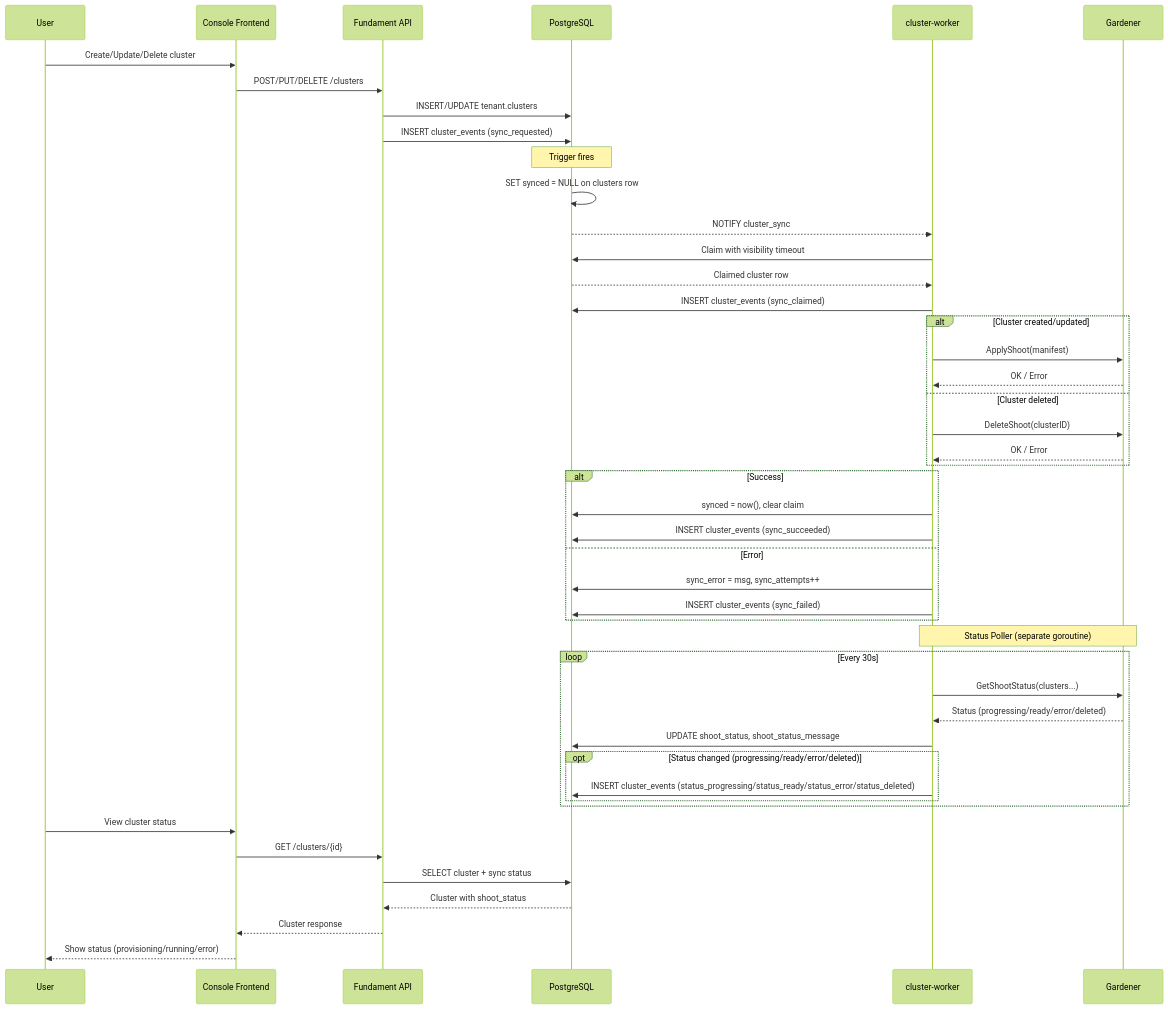
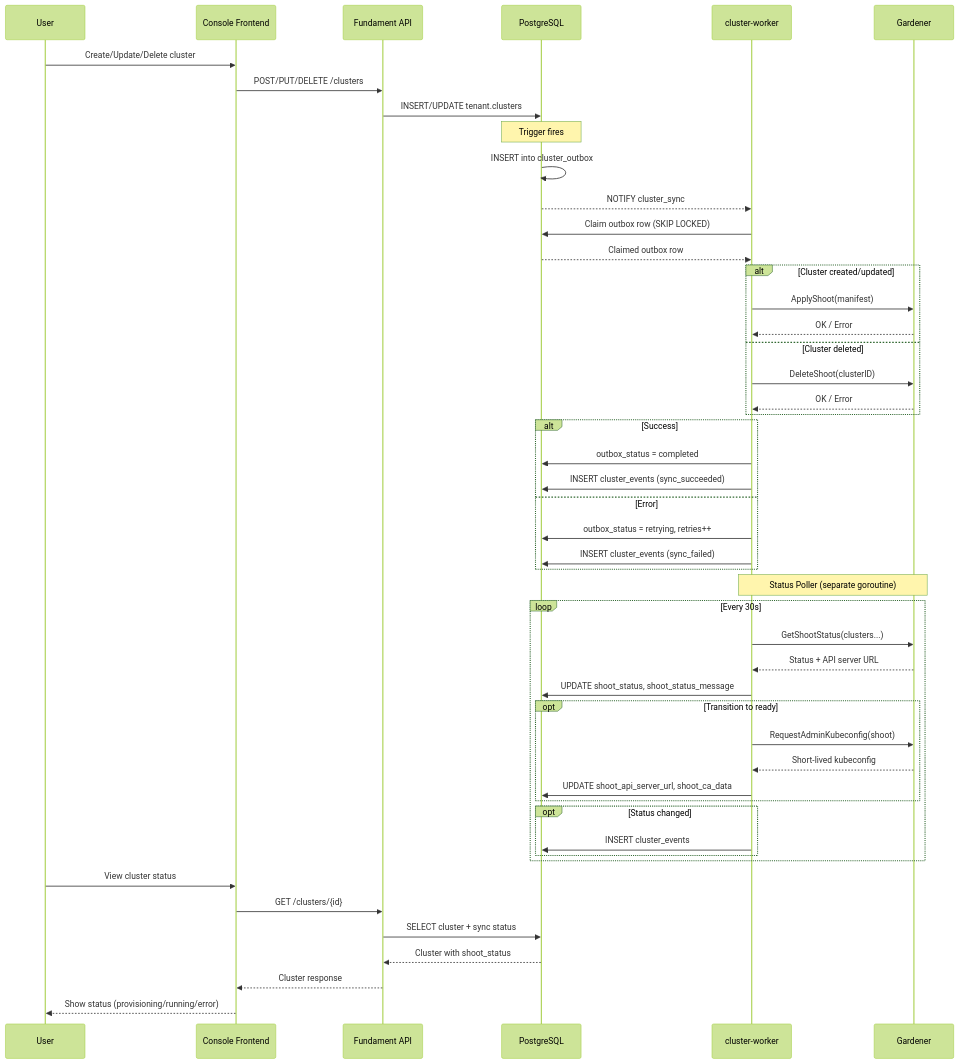
The first of 2 diagrams in cluster-worker/README.md (fundament-oss/fundament), drawn with Mermaid (forest theme) before and after one commit. The commit also changed other lines of this file, not shown here.

````diff
--- a/cluster-worker/README.md
+++ b/cluster-worker/README.md
@@ -68,56 +71,59 @@
 ```mermaid
 sequenceDiagram
     participant User
     participant Frontend as Console Frontend
     participant API as Fundament API
     participant DB as PostgreSQL
     participant Worker as cluster-worker
     participant Gardener
 
     User->>Frontend: Create/Update/Delete cluster
     Frontend->>API: POST/PUT/DELETE /clusters
     API->>DB: INSERT/UPDATE tenant.clusters
-    API->>DB: INSERT cluster_events (sync_requested)
 
     Note over DB: Trigger fires
-    DB->>DB: SET synced = NULL on clusters row
+    DB->>DB: INSERT into cluster_outbox
     DB-->>Worker: NOTIFY cluster_sync
 
-    Worker->>DB: Claim with visibility timeout
-    DB-->>Worker: Claimed cluster row
-    Worker->>DB: INSERT cluster_events (sync_claimed)
+    Worker->>DB: Claim outbox row (SKIP LOCKED)
+    DB-->>Worker: Claimed outbox row
 
     alt Cluster created/updated
         Worker->>Gardener: ApplyShoot(manifest)
         Gardener-->>Worker: OK / Error
     else Cluster deleted
         Worker->>Gardener: DeleteShoot(clusterID)
         Gardener-->>Worker: OK / Error
     end
 
     alt Success
-        Worker->>DB: synced = now(), clear claim
+        Worker->>DB: outbox_status = completed
         Worker->>DB: INSERT cluster_events (sync_succeeded)
     else Error
-        Worker->>DB: sync_error = msg, sync_attempts++
+        Worker->>DB: outbox_status = retrying, retries++
         Worker->>DB: INSERT cluster_events (sync_failed)
     end
 
     Note over Worker,Gardener: Status Poller (separate goroutine)
 
     loop Every 30s
         Worker->>Gardener: GetShootStatus(clusters...)
-        Gardener-->>Worker: Status (progressing/ready/error/deleted)
+        Gardener-->>Worker: Status + API server URL
         Worker->>DB: UPDATE shoot_status, shoot_status_message
-        opt Status changed (progressing/ready/error/deleted)
-            Worker->>DB: INSERT cluster_events (status_progressing/status_ready/status_error/status_deleted)
+        opt Transition to ready
+            Worker->>Gardener: RequestAdminKubeconfig(shoot)
+            Gardener-->>Worker: Short-lived kubeconfig
+            Worker->>DB: UPDATE shoot_api_server_url, shoot_ca_data
+        end
+        opt Status changed
+            Worker->>DB: INSERT cluster_events
         end
     end
 
     User->>Frontend: View cluster status
     Frontend->>API: GET /clusters/{id}
     API->>DB: SELECT cluster + sync status
     DB-->>API: Cluster with shoot_status
     API-->>Frontend: Cluster response
     Frontend-->>User: Show status (provisioning/running/error)
 ```
````
